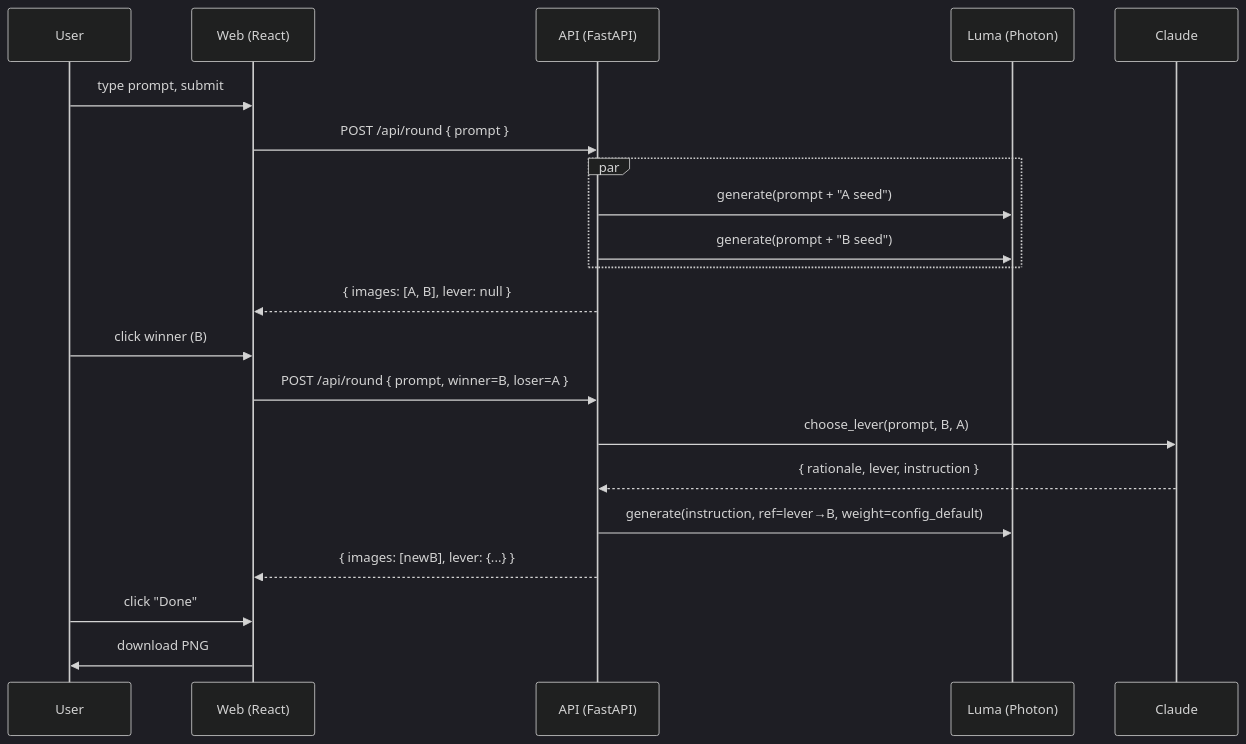
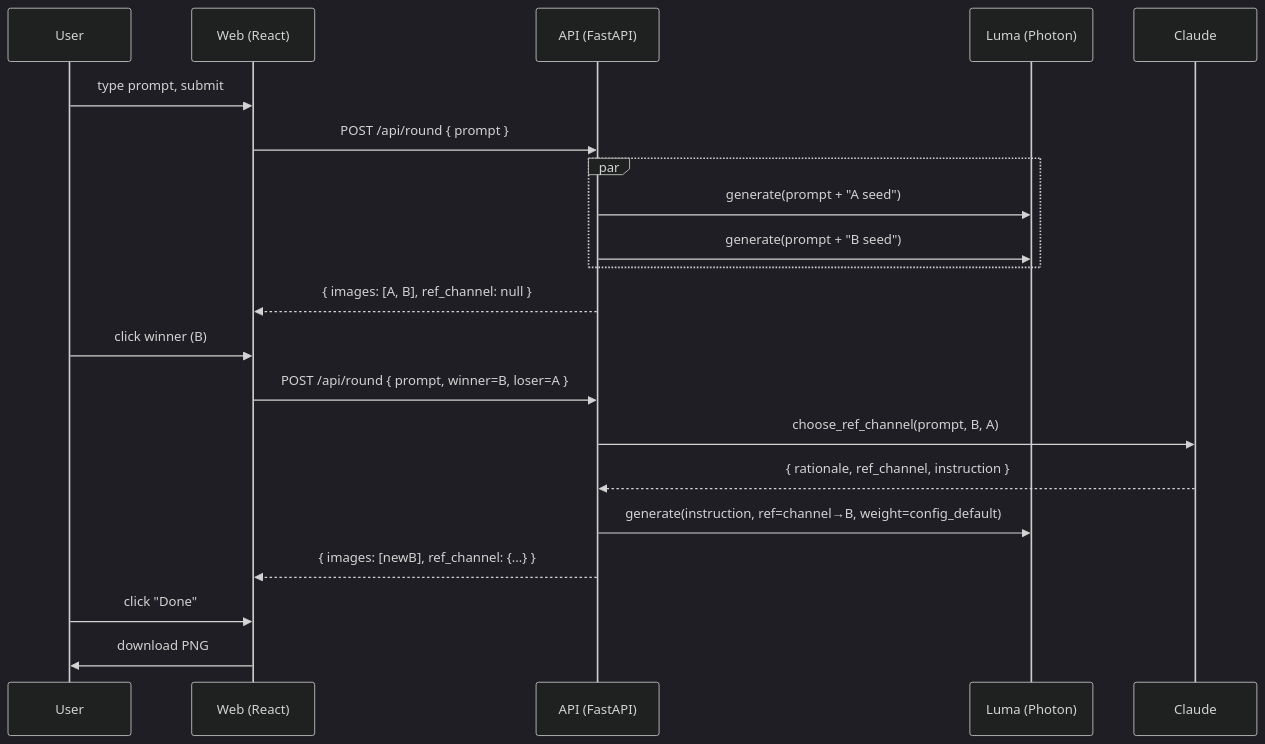
Before and after one commit to milasaurus/image-morpher: the diagram in docs/plan.md, drawn with Mermaid (dark theme). The commit also changed other lines of this file and 7 other files, not shown here.

````diff
--- a/docs/plan.md
+++ b/docs/plan.md
@@ -170,26 +173,26 @@
 ```mermaid
 sequenceDiagram
   participant U as User
   participant W as Web (React)
   participant A as API (FastAPI)
   participant L as Luma (Photon)
   participant C as Claude
 
   U->>W: type prompt, submit
   W->>A: POST /api/round { prompt }
   par
     A->>L: generate(prompt + "A seed")
     A->>L: generate(prompt + "B seed")
   end
-  A-->>W: { images: [A, B], lever: null }
+  A-->>W: { images: [A, B], ref_channel: null }
 
   U->>W: click winner (B)
   W->>A: POST /api/round { prompt, winner=B, loser=A }
-  A->>C: choose_lever(prompt, B, A)
-  C-->>A: { rationale, lever, instruction }
-  A->>L: generate(instruction, ref=lever→B, weight=config_default)
-  A-->>W: { images: [newB], lever: {...} }
+  A->>C: choose_ref_channel(prompt, B, A)
+  C-->>A: { rationale, ref_channel, instruction }
+  A->>L: generate(instruction, ref=channel→B, weight=config_default)
+  A-->>W: { images: [newB], ref_channel: {...} }
 
   U->>W: click "Done"
   W->>U: download PNG
 ```
````
